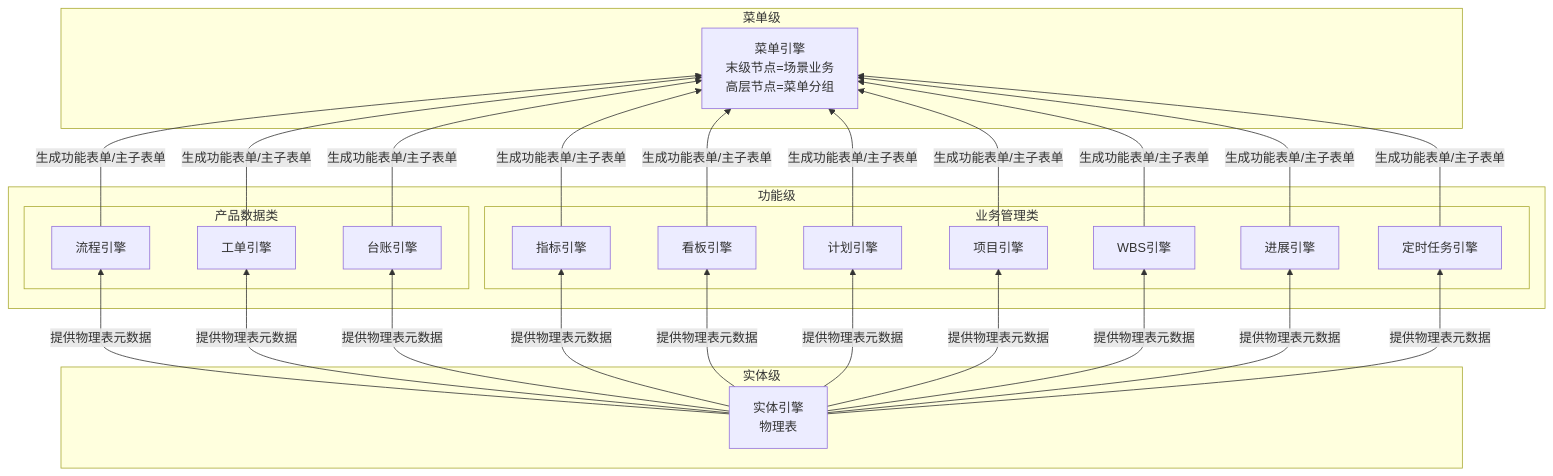
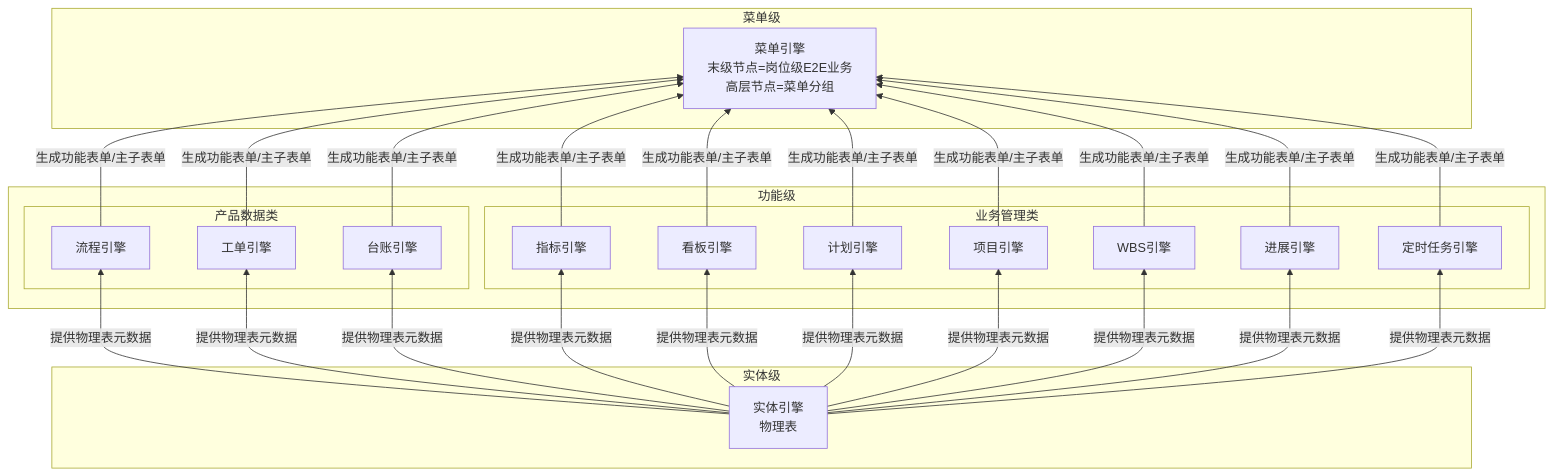
One commit to Yongjunzhou/AOS-system-design changed the first of 5 diagrams in 20-pl4eos/10-pl4eos-subpl-sysdev/10-wfsysdev-4-eos/91-eos-biz-eng-spec.md. Above: the diagram before and after it, drawn with Mermaid. The commit also changed other lines of this file and 1 other file, not shown here.

````diff
--- a/20-pl4eos/10-pl4eos-subpl-sysdev/10-wfsysdev-4-eos/91-eos-biz-eng-spec.md
+++ b/20-pl4eos/10-pl4eos-subpl-sysdev/10-wfsysdev-4-eos/91-eos-biz-eng-spec.md
@@ -400,46 +400,46 @@
 ```mermaid
 %%{init: {'theme': 'default', 'flowchart': {'useMaxWidth': false, 'htmlLabels': true}}}%%
 graph BT
   subgraph 实体级
     ENTITY[实体引擎<br/>物理表]
   end
   subgraph 功能级
     subgraph 产品数据类
       FLOW[流程引擎]
       WO[工单引擎]
       LEDGER[台账引擎]
     end
     subgraph 业务管理类
       IND[指标引擎]
       KANBAN[看板引擎]
       PROJ[项目引擎]
       WBS[WBS引擎]
       TASK[计划引擎]
       PROG[进展引擎]
       SCH[定时任务引擎]
     end
   end
   subgraph 菜单级
-    MENU[菜单引擎<br/>末级节点=场景业务<br/>高层节点=菜单分组]
+    MENU[菜单引擎<br/>末级节点=岗位级E2E业务<br/>高层节点=菜单分组]
   end
   ENTITY -->|提供物理表元数据| FLOW
   ENTITY -->|提供物理表元数据| WO
   ENTITY -->|提供物理表元数据| LEDGER
   ENTITY -->|提供物理表元数据| IND
   ENTITY -->|提供物理表元数据| KANBAN
   ENTITY -->|提供物理表元数据| TASK
   ENTITY -->|提供物理表元数据| PROJ
   ENTITY -->|提供物理表元数据| WBS
   ENTITY -->|提供物理表元数据| PROG
   ENTITY -->|提供物理表元数据| SCH
   FLOW -->|生成功能表单/主子表单| MENU
   WO -->|生成功能表单/主子表单| MENU
   LEDGER -->|生成功能表单/主子表单| MENU
   IND -->|生成功能表单/主子表单| MENU
   KANBAN -->|生成功能表单/主子表单| MENU
   TASK -->|生成功能表单/主子表单| MENU
   PROJ -->|生成功能表单/主子表单| MENU
   WBS -->|生成功能表单/主子表单| MENU
   PROG -->|生成功能表单/主子表单| MENU
   SCH -->|生成功能表单/主子表单| MENU
 ```
````
